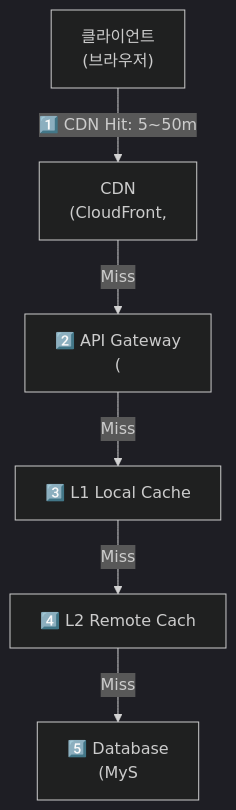
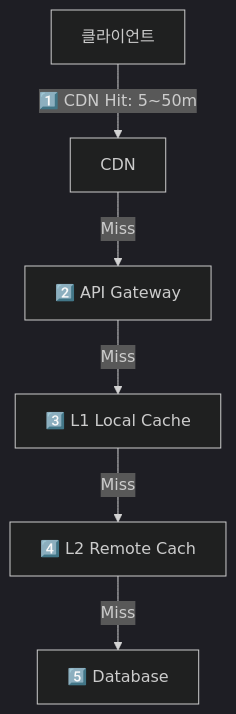
The second of 8 diagrams in _posts/caching/2026-05-03-multi-layer-caching.md (yjkim2015/yjkim2015.github.io), drawn with Mermaid (dark theme) before and after one commit. The commit also changed other lines of this file and 217 other files, not shown here.

First line of the commit message:
Mermaid 크기 수정: useMaxWidth:true + SVG max-width:100% + 라벨 축소

````diff
--- a/_posts/caching/2026-05-03-multi-layer-caching.md
+++ b/_posts/caching/2026-05-03-multi-layer-caching.md
@@ -46,8 +46,8 @@
 ```mermaid
 graph TD
-    Client["클라이언트\n(브라우저)"] -->|"1️⃣ CDN Hit: 5~50m"| CDN["CDN\n(CloudFront,"]
-    CDN -->|"Miss"| GW["2️⃣ API Gateway\n("]
+    Client["클라이언트"] -->|"1️⃣ CDN Hit: 5~50m"| CDN["CDN"]
+    CDN -->|"Miss"| GW["2️⃣ API Gateway"]
     GW -->|"Miss"| L1["3️⃣ L1 Local Cache"]
     L1 -->|"Miss"| L2["4️⃣ L2 Remote Cach"]
-    L2 -->|"Miss"| DB["5️⃣ Database\n(MyS"]
+    L2 -->|"Miss"| DB["5️⃣ Database"]
 ```
````
